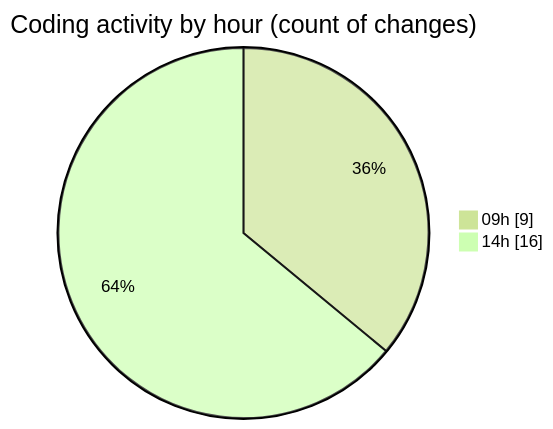
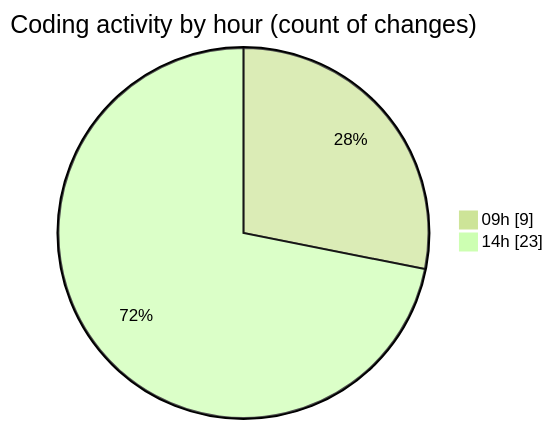
One commit to julien-gomy/code-tracking changed the second of 2 diagrams in 2025-11-25/eventscop-frontend-guide__workspace_/README.md. Above: the diagram before and after it, drawn with Mermaid (forest theme). The commit also changed other lines of this file and 1 other file, not shown here.

````diff
--- a/2025-11-25/eventscop-frontend-guide__workspace_/README.md
+++ b/2025-11-25/eventscop-frontend-guide__workspace_/README.md
@@ -43,6 +43,6 @@
 ```mermaid
 pie showData
 title Coding activity by hour (count of changes)
 "09h" : 9
-"14h" : 16
+"14h" : 23
 ```
````
